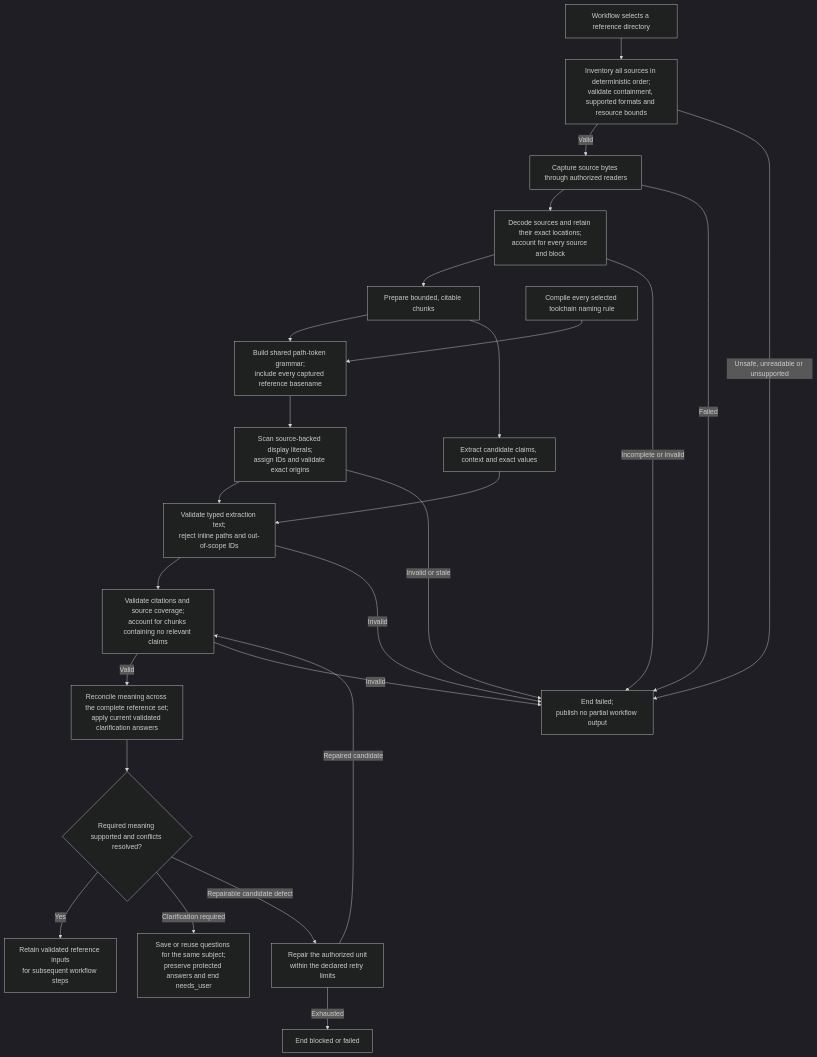
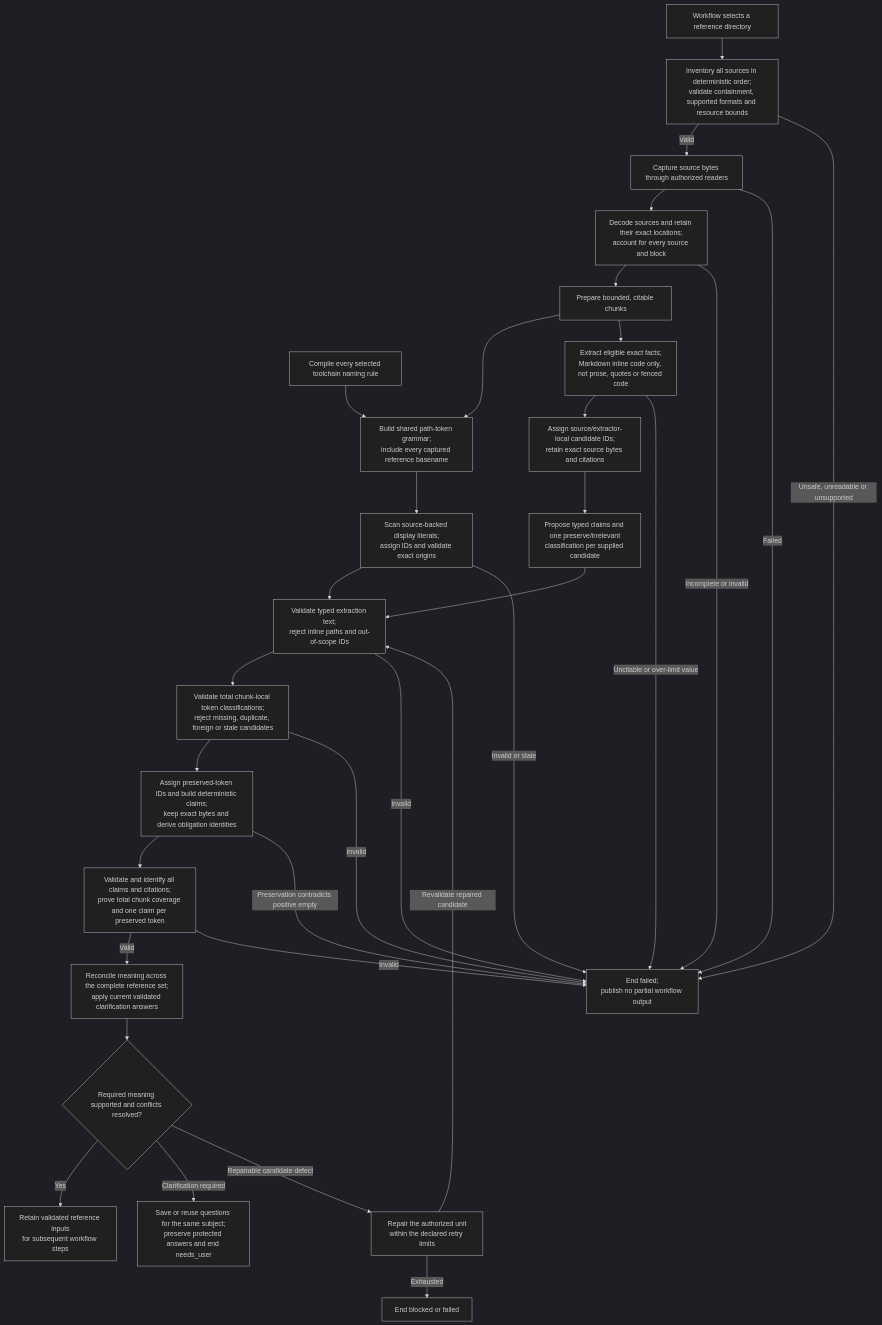
Before and after one commit to littledespot/sdde: the diagram in design/diagrams/05-reference-ingestion.md, drawn with Mermaid (dark theme). The commit also changed other lines of this file and 58 other files, not shown here.

````diff
--- a/design/diagrams/05-reference-ingestion.md
+++ b/design/diagrams/05-reference-ingestion.md
@@ -3,27 +3,34 @@
 ```mermaid
 flowchart TD
     START["Workflow selects a reference directory"] --> INVENTORY["Inventory all sources in deterministic order;<br/>validate containment, supported formats and resource bounds"]
     INVENTORY -->|Valid| CAPTURE["Capture source bytes through authorized readers"]
     CAPTURE --> DECODE["Decode sources and retain their exact locations;<br/>account for every source and block"]
     DECODE --> CHUNKS["Prepare bounded, citable chunks"]
     NAMING["Compile every selected toolchain naming rule"] --> GRAMMAR["Build shared path-token grammar;<br/>include every captured reference basename"]
     CHUNKS --> GRAMMAR
     GRAMMAR --> LITERALS["Scan source-backed display literals;<br/>assign IDs and validate exact origins"]
     LITERALS --> TEXT["Validate typed extraction text;<br/>reject inline paths and out-of-scope IDs"]
-    CHUNKS --> EXTRACT["Extract candidate claims, context and exact values"]
+    CHUNKS --> FACTS["Extract eligible exact facts;<br/>Markdown inline code only, not prose, quotes or fenced code"]
+    FACTS --> TOKENIDS["Assign source/extractor-local candidate IDs;<br/>retain exact source bytes and citations"]
+    TOKENIDS --> EXTRACT["Propose typed claims and one preserve/irrelevant<br/>classification per supplied candidate"]
     EXTRACT --> TEXT
-    TEXT --> ACCOUNT["Validate citations and source coverage;<br/>account for chunks containing no relevant claims"]
+    TEXT --> CLASSIFY["Validate total chunk-local token classifications;<br/>reject missing, duplicate, foreign or stale candidates"]
+    CLASSIFY --> TOKENS["Assign preserved-token IDs and build deterministic claims;<br/>keep exact bytes and derive obligation identities"]
+    TOKENS --> ACCOUNT["Validate and identify all claims and citations;<br/>prove total chunk coverage and one claim per preserved token"]
     ACCOUNT -->|Valid| RECONCILE["Reconcile meaning across the complete reference set;<br/>apply current validated clarification answers"]
     RECONCILE --> CHECK{"Required meaning supported and conflicts resolved?"}
     CHECK -->|Yes| CANDIDATE["Retain validated reference inputs<br/>for subsequent workflow steps"]
     CHECK -->|Clarification required| CLARIFY["Save or reuse questions for the same subject;<br/>preserve protected answers and end needs_user"]
     CHECK -->|Repairable candidate defect| REPAIR["Repair the authorized unit<br/>within the declared retry limits"]
-    REPAIR -->|Repaired candidate| ACCOUNT
+    REPAIR -->|Revalidate repaired candidate| TEXT
     REPAIR -->|Exhausted| BLOCKED["End blocked or failed"]
     INVENTORY -->|Unsafe, unreadable or unsupported| FAILED["End failed;<br/>publish no partial workflow output"]
     CAPTURE -->|Failed| FAILED
     DECODE -->|Incomplete or invalid| FAILED
     ACCOUNT -->|Invalid| FAILED
     TEXT -->|Invalid| FAILED
+    FACTS -->|Uncitable or over-limit value| FAILED
+    CLASSIFY -->|Invalid| FAILED
+    TOKENS -->|Preservation contradicts positive empty| FAILED
     LITERALS -->|Invalid or stale| FAILED
 ```
````
